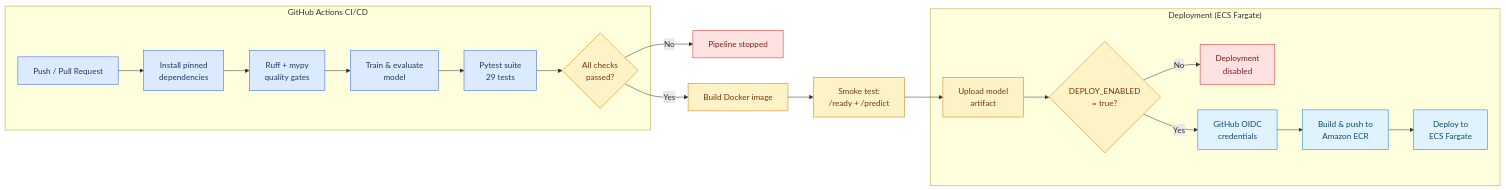
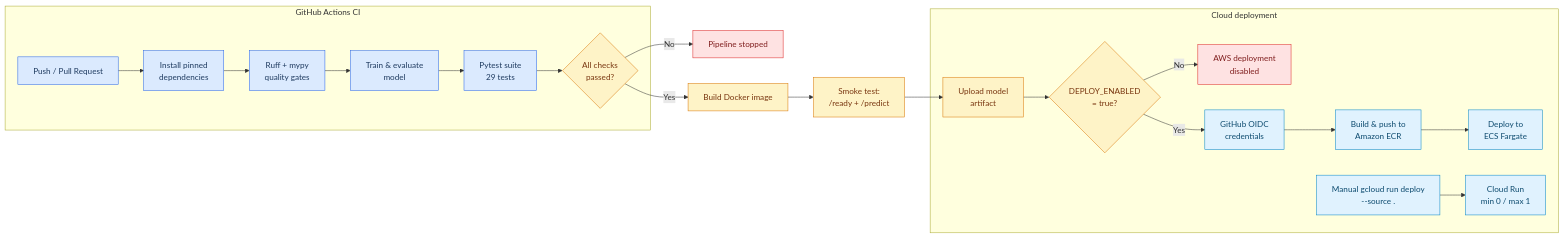
One commit to TechBsf/cloud-node-saturation-mlops changed the third of 3 diagrams in README.md. Above: the diagram before and after it, drawn with Mermaid. The commit also changed other lines of this file and 4 other files, not shown here.

Commit message:
docs: document Cloud Run and HF demos

````diff
--- a/README.md
+++ b/README.md
@@ -93,38 +93,39 @@
 ```mermaid
 flowchart LR
     %% CI/CD Pipeline
-    subgraph CI["GitHub Actions CI/CD"]
+    subgraph CI["GitHub Actions CI"]
         PR["Push / Pull Request"] --> DEPS["Install pinned\ndependencies"]
         DEPS --> QUALITY["Ruff + mypy\nquality gates"]
         QUALITY --> TRAIN["Train & evaluate\nmodel"]
         TRAIN --> TEST["Pytest suite\n29 tests"]
         TEST --> GATE{"All checks\npassed?"}
     end
 
     %% Gate
     GATE -->|"No"| STOP["Pipeline stopped"]
     GATE -->|"Yes"| CI_BUILD["Build Docker image"]
     CI_BUILD --> CI_SMOKE["Smoke test:\n/ready + /predict"]
     CI_SMOKE --> CI_UPLOAD["Upload model\nartifact"]
 
     %% CD Deployment
-    subgraph CD["Deployment (ECS Fargate)"]
+    subgraph CD["Cloud deployment"]
         CI_UPLOAD --> ENABLED{"DEPLOY_ENABLED\n= true?"}
-        ENABLED -->|"No"| DISABLED["Deployment\ndisabled"]
+        ENABLED -->|"No"| DISABLED["AWS deployment\ndisabled"]
         ENABLED -->|"Yes"| OIDC["GitHub OIDC\ncredentials"]
         OIDC --> ECR["Build & push to\nAmazon ECR"]
         ECR --> ECS["Deploy to\nECS Fargate"]
+        MANUAL["Manual gcloud run deploy\n--source ."] --> CLOUD_RUN["Cloud Run\nmin 0 / max 1"]
     end
 
     classDef source fill:#DBEAFE,stroke:#2563EB,color:#1E3A5F
     classDef check fill:#FEF3C7,stroke:#D97706,color:#78350F
     classDef good fill:#DCFCE7,stroke:#16A34A,color:#14532D
     classDef stop fill:#FEE2E2,stroke:#DC2626,color:#7F1D1D
     classDef cloud fill:#E0F2FE,stroke:#0284C7,color:#0C4A6E
 
     class PR,DEPS,QUALITY,TRAIN,TEST source
     class GATE,CI_BUILD,CI_SMOKE,CI_UPLOAD,ENABLED check
     class STOP stop
-    class OIDC,ECR,ECS cloud
+    class OIDC,ECR,ECS,MANUAL,CLOUD_RUN cloud
     class DISABLED stop
 ```
````
